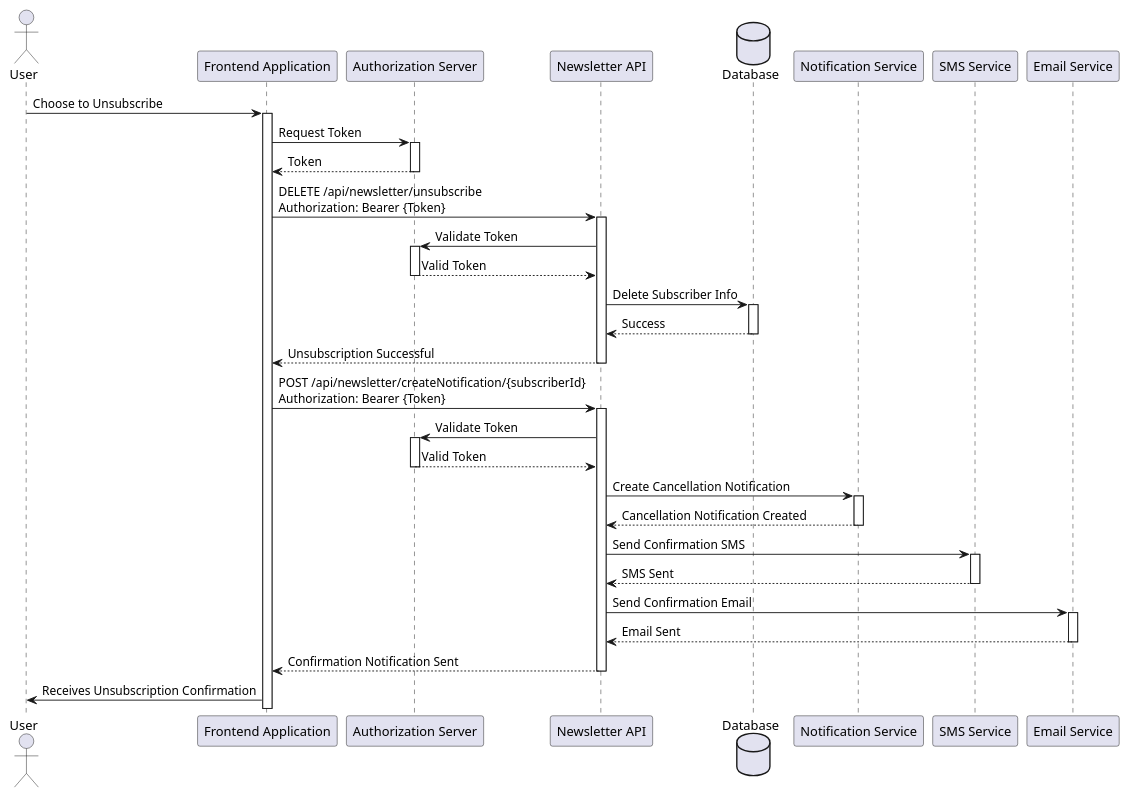
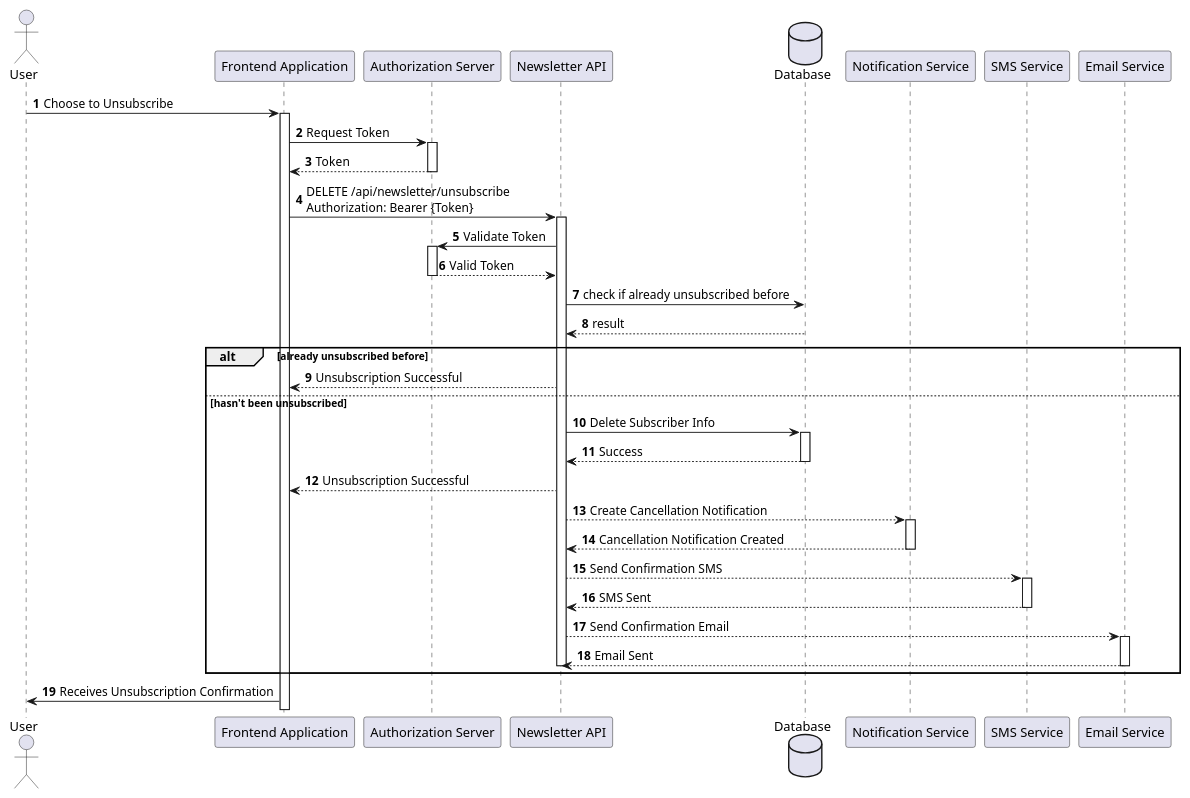
One commit to KeepMovingLr/ood changed the diagram in SystemDesign/src/NewsletterSubscription/CancelSequence.puml. Above: the diagram before and after it, drawn with PlantUML. The commit also changed 1 other file, not shown here.

Commit message:
add call sequence for a system design

```diff
--- a/SystemDesign/src/NewsletterSubscription/CancelSequence.puml
+++ b/SystemDesign/src/NewsletterSubscription/CancelSequence.puml
@@ -1,64 +1,59 @@
 @startuml
+autonumber
 actor User
 participant "Frontend Application" as Frontend
 participant "Authorization Server" as AuthServer
 participant "Newsletter API" as API
 database Database
 participant "Notification Service" as NotificationService
 participant "SMS Service" as SMSService
 participant "Email Service" as EmailService
 
 User -> Frontend: Choose to Unsubscribe
 activate Frontend
 
 Frontend -> AuthServer: Request Token
 activate AuthServer
 
 AuthServer --> Frontend: Token
 deactivate AuthServer
 
 Frontend -> API: DELETE /api/newsletter/unsubscribe\nAuthorization: Bearer {Token}
 activate API
 
 API -> AuthServer: Validate Token
 activate AuthServer
 AuthServer --> API: Valid Token
 deactivate AuthServer
+API -> Database: check if already unsubscribed before
+Database --> API: result
+alt already unsubscribed before
+API --> Frontend: Unsubscription Successful
+else hasn't been unsubscribed
+    API -> Database: Delete Subscriber Info
+    activate Database
+    Database --> API: Success
+    deactivate Database
 
-API -> Database: Delete Subscriber Info
-activate Database
-Database --> API: Success
-deactivate Database
+    API --> Frontend: Unsubscription Successful
 
-API --> Frontend: Unsubscription Successful
+    API --> NotificationService: Create Cancellation Notification
+    activate NotificationService
+    NotificationService --> API: Cancellation Notification Created
+    deactivate NotificationService
+
+    API --> SMSService: Send Confirmation SMS
+    activate SMSService
+    SMSService --> API: SMS Sent
+    deactivate SMSService
+
+    API --> EmailService: Send Confirmation Email
+    activate EmailService
+    EmailService --> API: Email Sent
+    deactivate EmailService
 deactivate API
-
-Frontend -> API: POST /api/newsletter/createNotification/{subscriberId}\nAuthorization: Bearer {Token}
-activate API
-
-API -> AuthServer: Validate Token
-activate AuthServer
-AuthServer --> API: Valid Token
-deactivate AuthServer
-
-API -> NotificationService: Create Cancellation Notification
-activate NotificationService
-NotificationService --> API: Cancellation Notification Created
-deactivate NotificationService
-
-API -> SMSService: Send Confirmation SMS
-activate SMSService
-SMSService --> API: SMS Sent
-deactivate SMSService
-
-API -> EmailService: Send Confirmation Email
-activate EmailService
-EmailService --> API: Email Sent
-deactivate EmailService
-
-API --> Frontend: Confirmation Notification Sent
-deactivate API
+end
 
 User <- Frontend: Receives Unsubscription Confirmation
 
 @enduml
```
